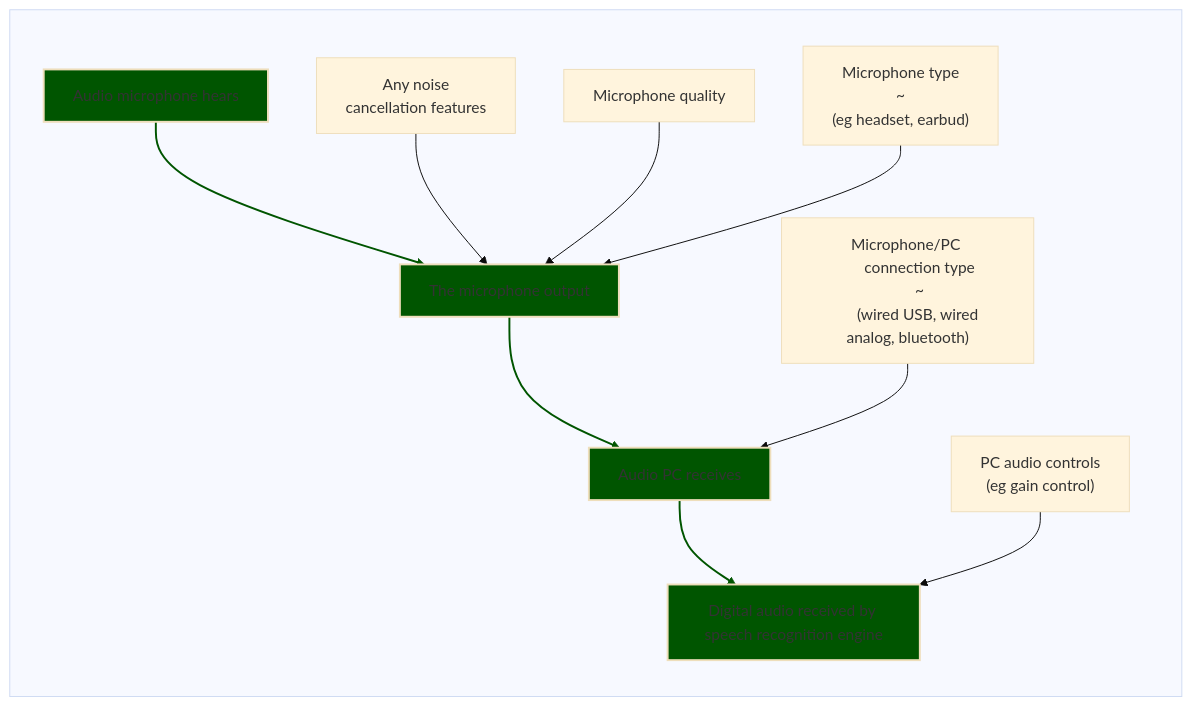
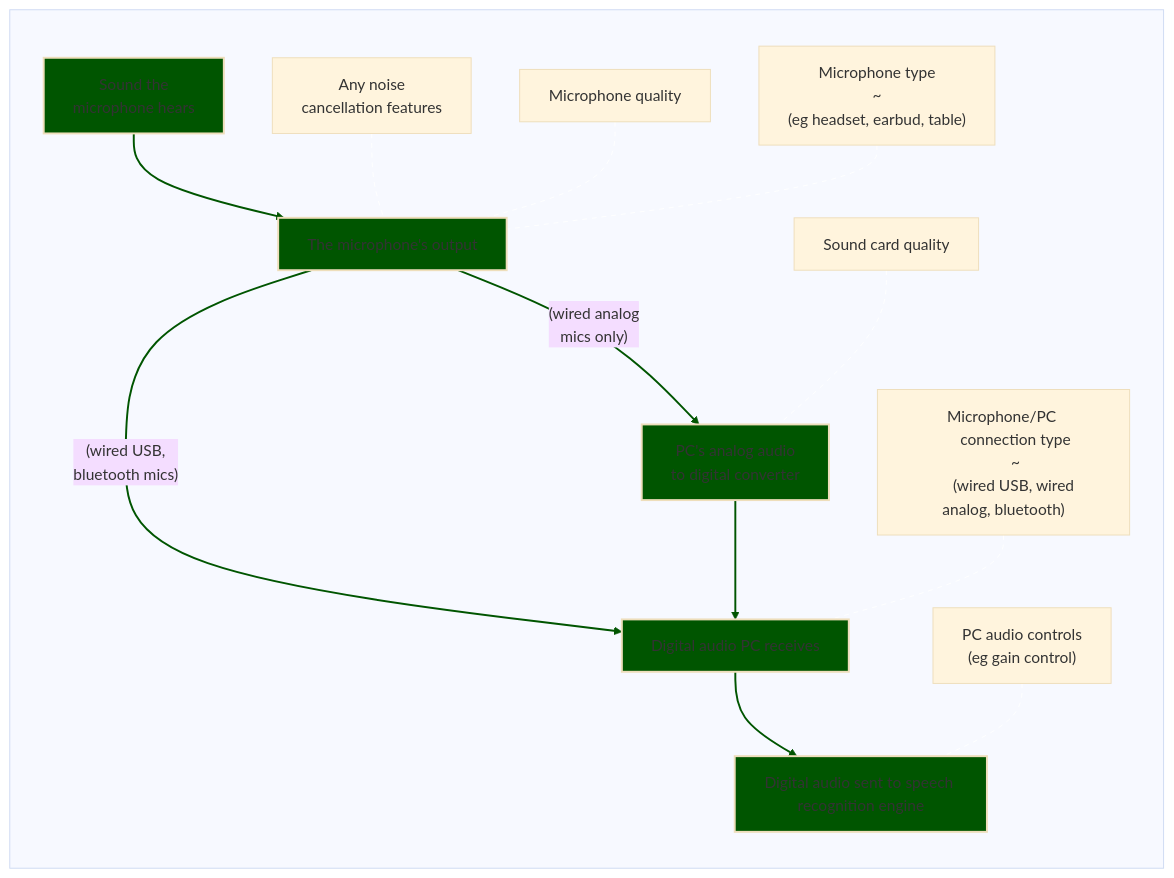
One commit to TalonCommunity/Wiki changed the third of 4 diagrams in docs/Resource Hub/Speech Recognition/improving_recognition_accuracy.md. Above: the diagram before and after it, drawn with Mermaid (base theme). The commit also changed other lines of this file and 2 other files, not shown here.

````diff
--- a/docs/Resource Hub/Speech Recognition/improving_recognition_accuracy.md
+++ b/docs/Resource Hub/Speech Recognition/improving_recognition_accuracy.md
@@ -103,43 +133,67 @@
 ```mermaid
 flowchart
   subgraph audio [" "]
     direction TB
-    audio_microphone_hears["Audio microphone hears"]
-    audio_microphone_hears --> audio_microphone_outputs
+    audio_microphone_hears["Sound the 
+      microphone hears"]
+    %% link id: 0
+    audio_microphone_hears --> audio_microphone_outputs 
 
     noise_cancellation["Any noise 
       cancellation features"]
-    noise_cancellation --> audio_microphone_outputs
+    %% link id: 1
+    noise_cancellation --- audio_microphone_outputs
 
     microphone_quality["Microphone quality"]
-    microphone_quality --> audio_microphone_outputs
+    %% link id: 2
+    microphone_quality --- audio_microphone_outputs
 
     microphone_type["Microphone type
       ~
-      (eg headset, earbud)"]
-    microphone_type --> audio_microphone_outputs
+      (eg headset, earbud, table)"]
+    %% link id: 3
+    microphone_type --- audio_microphone_outputs
 
-    audio_microphone_outputs[The microphone output]
-    audio_microphone_outputs --> audio_pc_receives
+    audio_microphone_outputs[The microphone's output]
+    %% link id: 4
+    audio_microphone_outputs-- (wired analog 
+      mics only) --> analog_to_digital_converter
+    %% link id: 5
+    audio_microphone_outputs-- (wired USB, 
+      bluetooth mics) --> digital_audio_pc_receives
+
+    analog_to_digital_converter[PC's analog audio 
+      to digital converter]
+    %% link id: 6
+    analog_to_digital_converter --> digital_audio_pc_receives
+
+    sound_card_quality["Sound card quality"]
+    %% link id: 7
+    sound_card_quality --- analog_to_digital_converter
 
     microphone_pc_connection_type["Microphone/PC 
       connection type
       ~
       (wired USB, wired analog, bluetooth)"]
-    microphone_pc_connection_type --> audio_pc_receives
+    %% link id: 8
+    microphone_pc_connection_type --- digital_audio_pc_receives
 
-    audio_pc_receives[Audio PC receives]
-    audio_pc_receives --> app_audio
+    digital_audio_pc_receives[Digital audio PC receives]
+    %% link id: 9
+    digital_audio_pc_receives --> app_audio
 
     pc_audio_controls["PC audio controls
       (eg gain control)"]
-    pc_audio_controls --> app_audio
+    %% link id: 10
+    pc_audio_controls --- app_audio
 
-    app_audio["Digital audio received by speech recognition engine"]
+    app_audio["Digital audio sent to speech recognition engine"]
 
     classDef mainInfoPath fill:#050,stroke-width:2px;
-    class audio_microphone_hears,audio_microphone_outputs,audio_pc_receives,app_audio mainInfoPath;
+    class audio_microphone_hears,audio_microphone_outputs,analog_to_digital_converter,digital_audio_pc_receives,app_audio mainInfoPath;
 
-    linkStyle 0,4,6 stroke:#050,stroke-width:2px,color:red;
+    linkStyle 0,4,5,6,9 stroke:#050,stroke-width:2px;
+    linkStyle 1,2,3,7,8,10 stroke:#fff,stroke-dasharray: 5 5;
+
   end
 ```
````
